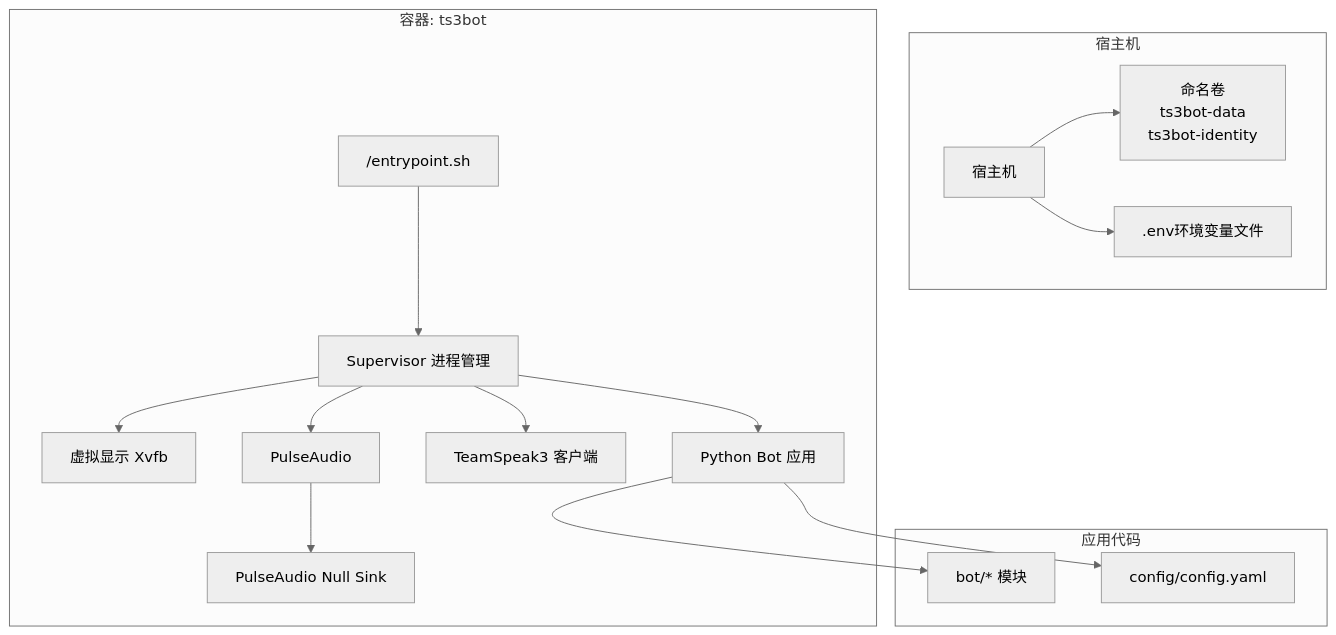
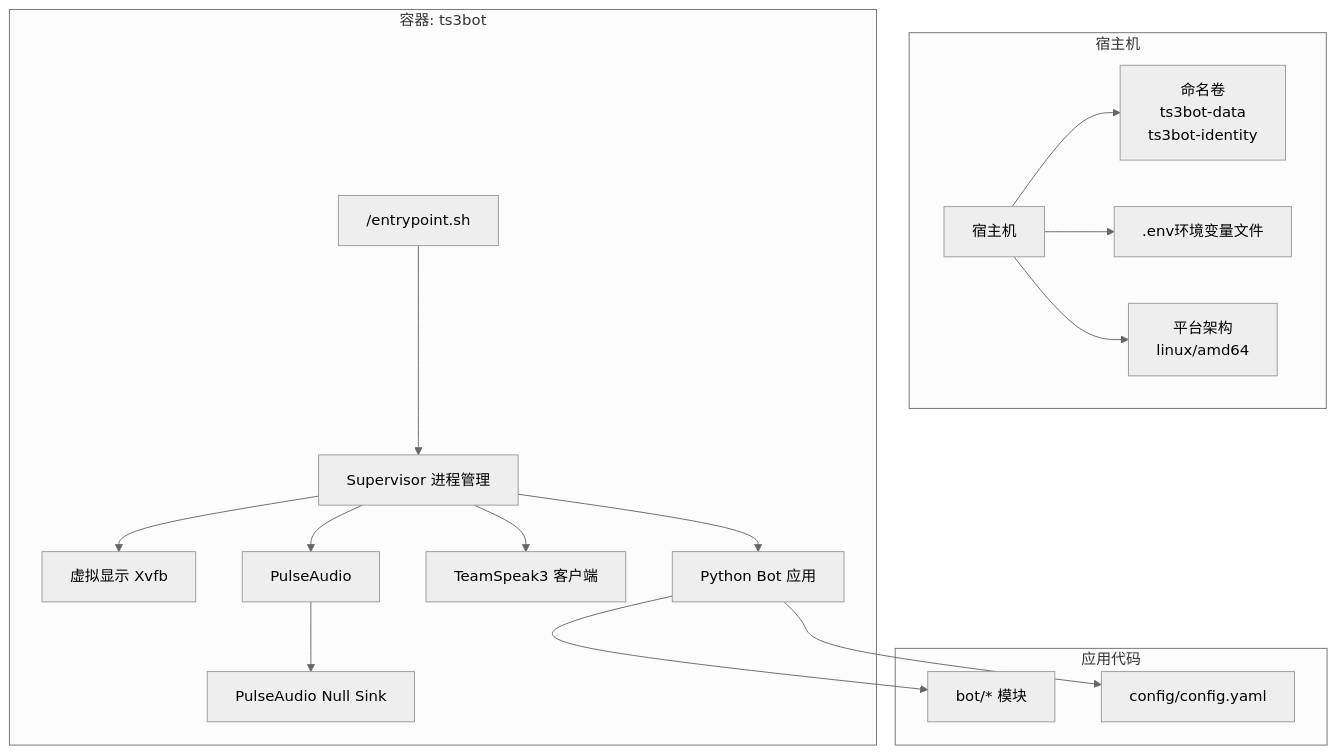
Before and after one commit to GhoulOwl/Teamspeak3_Bot: the first of 3 diagrams in .qoder/repowiki/zh/content/部署和运维/Docker容器化部署.md, drawn with Mermaid (neutral theme). The commit also changed other lines of this file and 5 other files, not shown here.

````diff
--- a/.qoder/repowiki/zh/content/部署和运维/Docker容器化部署.md
+++ b/.qoder/repowiki/zh/content/部署和运维/Docker容器化部署.md
@@ -42,31 +52,33 @@
 ```mermaid
 graph TB
 subgraph "宿主机"
 Host["宿主机"]
 Volumes["命名卷<br/>ts3bot-data<br/>ts3bot-identity"]
 Env[".env环境变量文件"]
+Platform["平台架构<br/>linux/amd64"]
 end
 subgraph "容器: ts3bot"
 Entrypoint["/entrypoint.sh"]
 Supervisor["Supervisor 进程管理"]
 Xvfb["虚拟显示 Xvfb"]
 Pulse["PulseAudio"]
 NullSink["PulseAudio Null Sink"]
 TS3Client["TeamSpeak3 客户端"]
 Bot["Python Bot 应用"]
 end
 subgraph "应用代码"
 BotCode["bot/* 模块"]
 Config["config/config.yaml"]
 end
 Host --> Volumes
 Host --> Env
+Host --> Platform
 Entrypoint --> Supervisor
 Supervisor --> Xvfb
 Supervisor --> Pulse
 Pulse --> NullSink
 Supervisor --> TS3Client
 Supervisor --> Bot
 Bot --> BotCode
 Bot --> Config
 ```
````
